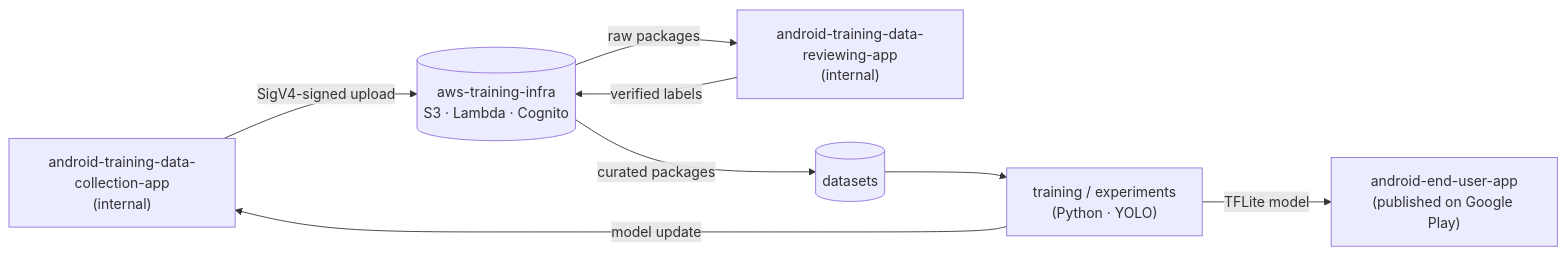
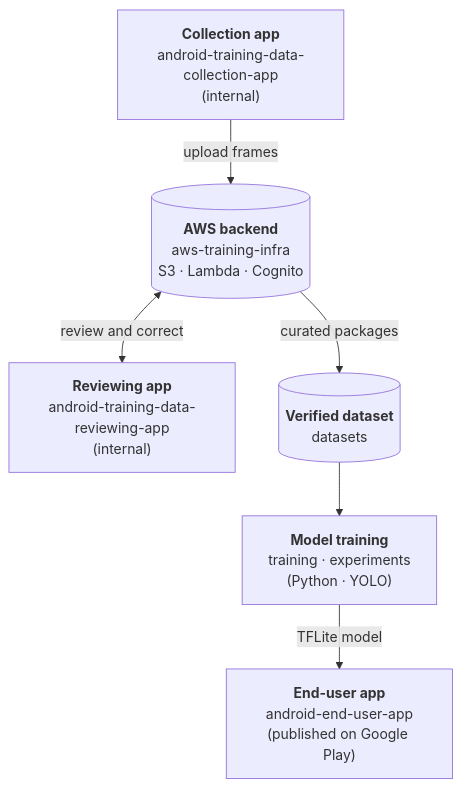
Before and after one commit to yuriysemen/plate-detector-android: the diagram in README.md, drawn with Mermaid.

Commit message:
Make README architecture diagram vertical so it fits the GitHub page

````diff
--- a/README.md
+++ b/README.md
@@ -16,17 +16,15 @@
 ```mermaid
-flowchart LR
-    U["android-end-user-app<br/>(published on Google Play)"]
-    C["android-training-data-collection-app<br/>(internal)"]
-    A[("aws-training-infra<br/>S3 · Lambda · Cognito")]
-    R["android-training-data-reviewing-app<br/>(internal)"]
-    D[("datasets")]
-    T["training / experiments<br/>(Python · YOLO)"]
+flowchart TD
+    C["<b>Collection app</b><br/>android-training-data-collection-app<br/>(internal)"]
+    A[("<b>AWS backend</b><br/>aws-training-infra<br/>S3 · Lambda · Cognito")]
+    R["<b>Reviewing app</b><br/>android-training-data-reviewing-app<br/>(internal)"]
+    D[("<b>Verified dataset</b><br/>datasets")]
+    T["<b>Model training</b><br/>training · experiments<br/>(Python · YOLO)"]
+    U["<b>End-user app</b><br/>android-end-user-app<br/>(published on Google Play)"]
 
-    C -- "SigV4-signed upload" --> A
-    A -- "raw packages" --> R
-    R -- "verified labels" --> A
-    A -- "curated packages" --> D
+    C -->|"upload frames"| A
+    A <-->|"review and correct"| R
+    A -->|"curated packages"| D
     D --> T
-    T -- "TFLite model" --> U
-    T -- "model update" --> C
+    T -->|"TFLite model"| U
 ```
````
